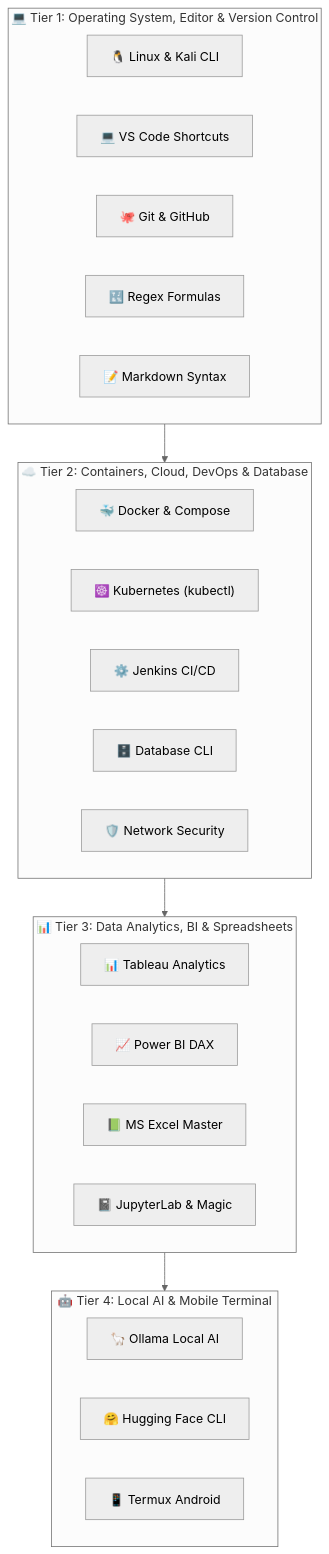
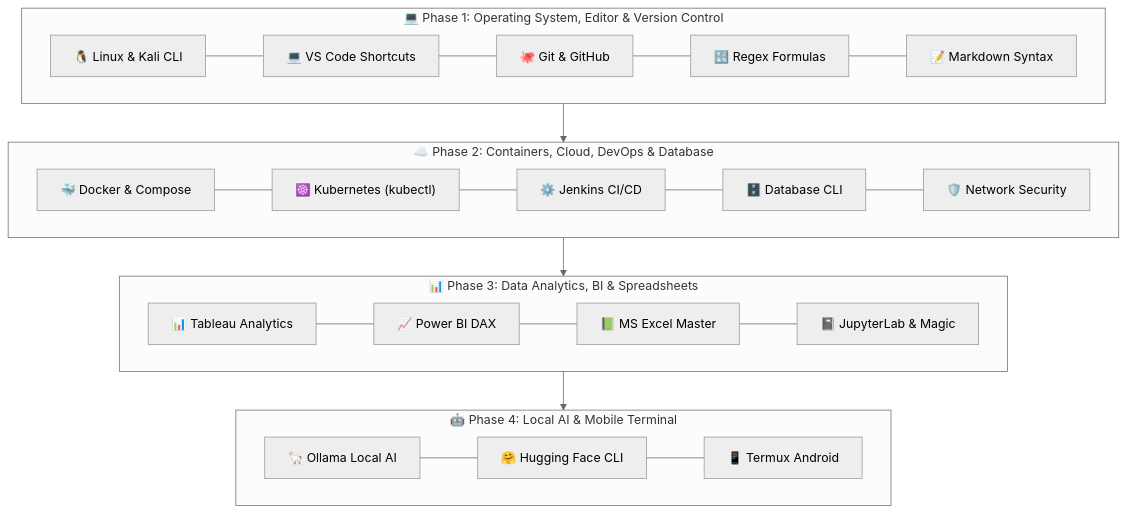
One commit to techindro/Penetration-testing-toolkit changed the diagram in README.md. Above: the diagram before and after it, drawn with Mermaid (neutral theme).

Commit message:
fix: simplify Ecosystem Architecture Mermaid syntax for 100% GitHub Markdown rendering compatibility

````diff
--- a/README.md
+++ b/README.md
@@ -33,37 +33,20 @@
 ```mermaid
-flowchart TD
-    subgraph Tier1["💻 Tier 1: Operating System, Editor & Version Control"]
-        direction LR
-        Linux["🐧 Linux & Kali CLI"]
-        VSCode["💻 VS Code Shortcuts"]
-        Git["🐙 Git & GitHub"]
-        Regex["🔣 Regex Formulas"]
-        MD["📝 Markdown Syntax"]
+graph TD
+    subgraph Phase1["💻 Phase 1: Operating System, Editor & Version Control"]
+        A1["🐧 Linux & Kali CLI"] --- A2["💻 VS Code Shortcuts"] --- A3["🐙 Git & GitHub"] --- A4["🔣 Regex Formulas"] --- A5["📝 Markdown Syntax"]
     end
 
-    subgraph Tier2["☁️ Tier 2: Containers, Cloud, DevOps & Database"]
-        direction LR
-        Docker["🐳 Docker & Compose"]
-        K8s["☸️ Kubernetes (kubectl)"]
-        Jenkins["⚙️ Jenkins CI/CD"]
-        DB["🗄️ Database CLI"]
-        SecNet["🛡️ Network Security"]
+    subgraph Phase2["☁️ Phase 2: Containers, Cloud, DevOps & Database"]
+        B1["🐳 Docker & Compose"] --- B2["☸️ Kubernetes (kubectl)"] --- B3["⚙️ Jenkins CI/CD"] --- B4["🗄️ Database CLI"] --- B5["🛡️ Network Security"]
     end
 
-    subgraph Tier3["📊 Tier 3: Data Analytics, BI & Spreadsheets"]
-        direction LR
-        Tableau["📊 Tableau Analytics"]
-        PowerBI["📈 Power BI DAX"]
-        Excel["📗 MS Excel Master"]
-        Jupyter["📓 JupyterLab & Magic"]
+    subgraph Phase3["📊 Phase 3: Data Analytics, BI & Spreadsheets"]
+        C1["📊 Tableau Analytics"] --- C2["📈 Power BI DAX"] --- C3["📗 MS Excel Master"] --- C4["📓 JupyterLab & Magic"]
     end
 
-    subgraph Tier4["🤖 Tier 4: Local AI & Mobile Terminal"]
-        direction LR
-        Ollama["🦙 Ollama Local AI"]
-        HF["🤗 Hugging Face CLI"]
-        Termux["📱 Termux Android"]
+    subgraph Phase4["🤖 Phase 4: Local AI & Mobile Terminal"]
+        D1["🦙 Ollama Local AI"] --- D2["🤗 Hugging Face CLI"] --- D3["📱 Termux Android"]
     end
 
-    Tier1 --> Tier2 --> Tier3 --> Tier4
+    Phase1 --> Phase2 --> Phase3 --> Phase4
 ```
````
